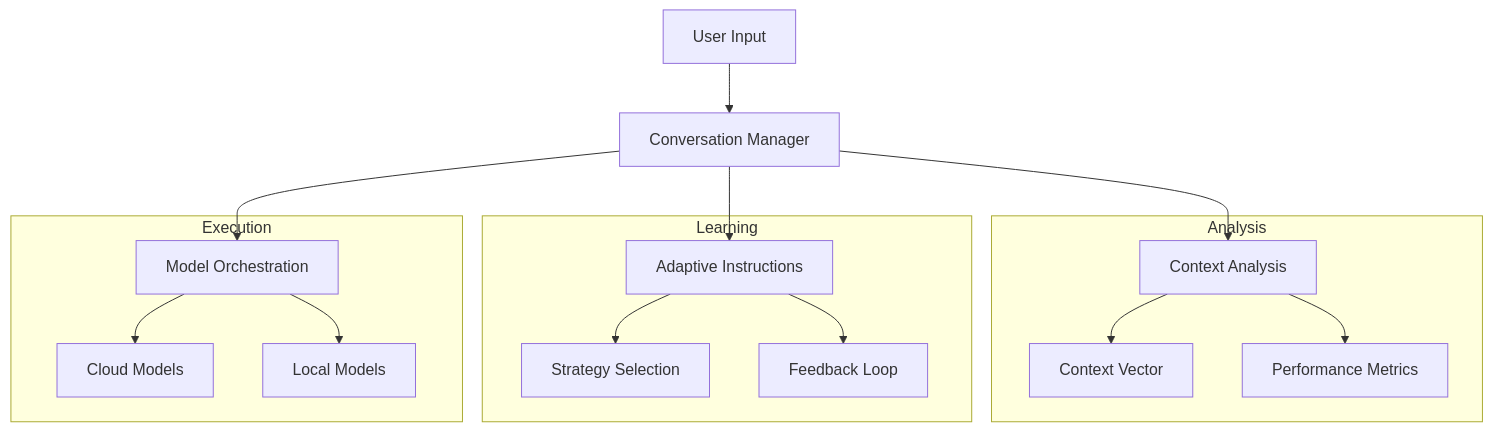
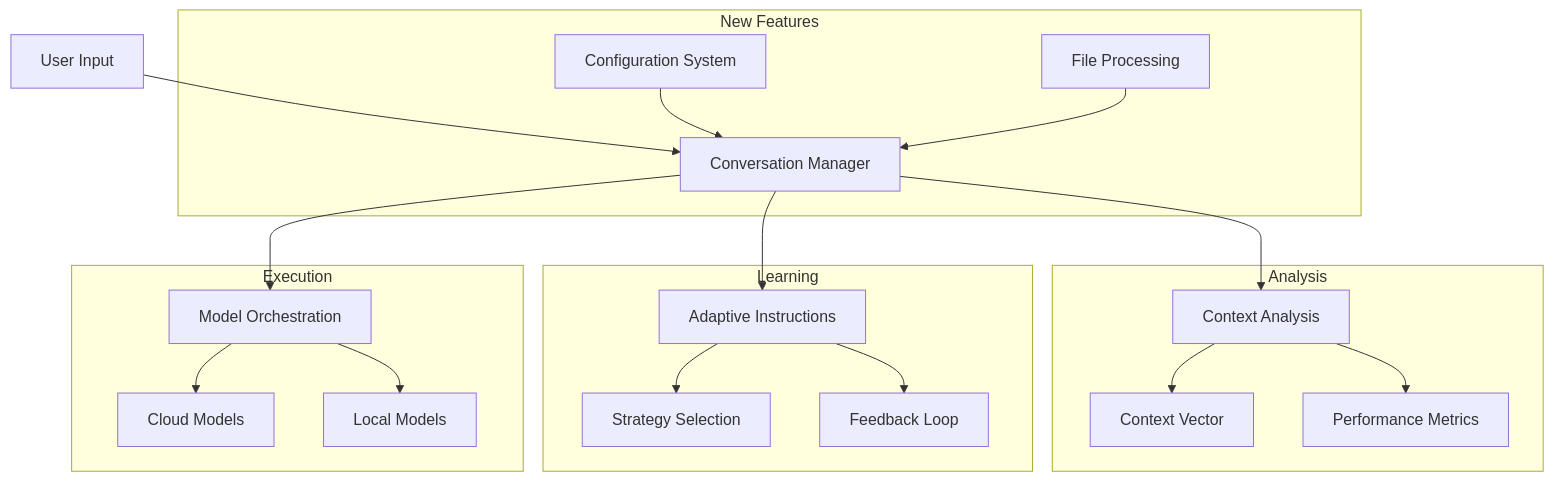
The first of 2 diagrams in README.md (davidj-brewster/multi-llm-chat), drawn with Mermaid before and after one commit. The commit also changed other lines of this file and 16 other files, not shown here.

````diff
--- a/README.md
+++ b/README.md
@@ -119,22 +121,27 @@
 ```mermaid
 graph TD
     User[User Input] --> CM[Conversation Manager]
     CM --> CA[Context Analysis]
     CM --> AI[Adaptive Instructions]
     CM --> Models[Model Orchestration]
     
     subgraph Analysis
         CA --> Context[Context Vector]
         CA --> Metrics[Performance Metrics]
     end
     
     subgraph Learning
         AI --> Strategy[Strategy Selection]
         AI --> Feedback[Feedback Loop]
     end
     
     subgraph Execution
         Models --> Cloud[Cloud Models]
         Models --> Local[Local Models]
     end
+    
+    subgraph "New Features"
+        Config[Configuration System] --> CM
+        Files[File Processing] --> CM
+    end
 ```
````
